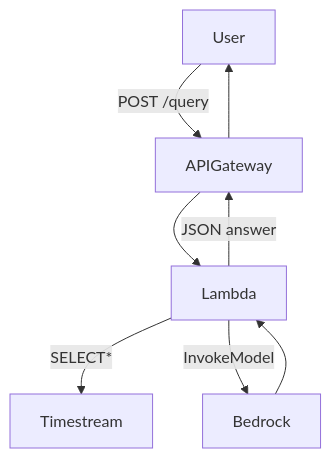
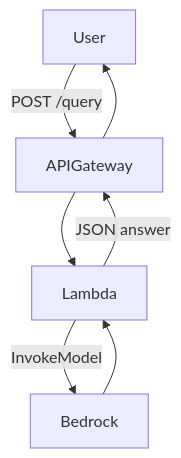
Before and after one commit to binodthapachhetry/time-series-llm: the diagram in README.md, drawn with Mermaid. The commit also changed other lines of this file, not shown here.

Commit message:
docs: update README to reflect Timestream disablement and raw-data delegation to LLM

````diff
--- a/README.md
+++ b/README.md
@@ -14,10 +16,9 @@
 ```mermaid
 graph TD
     User -->|POST /query| APIGateway
     APIGateway --> Lambda
-    Lambda -->|SELECT*| Timestream
     Lambda -->|InvokeModel| Bedrock
     Bedrock --> Lambda
     Lambda -->|JSON answer| APIGateway
     APIGateway --> User
 ```
````
